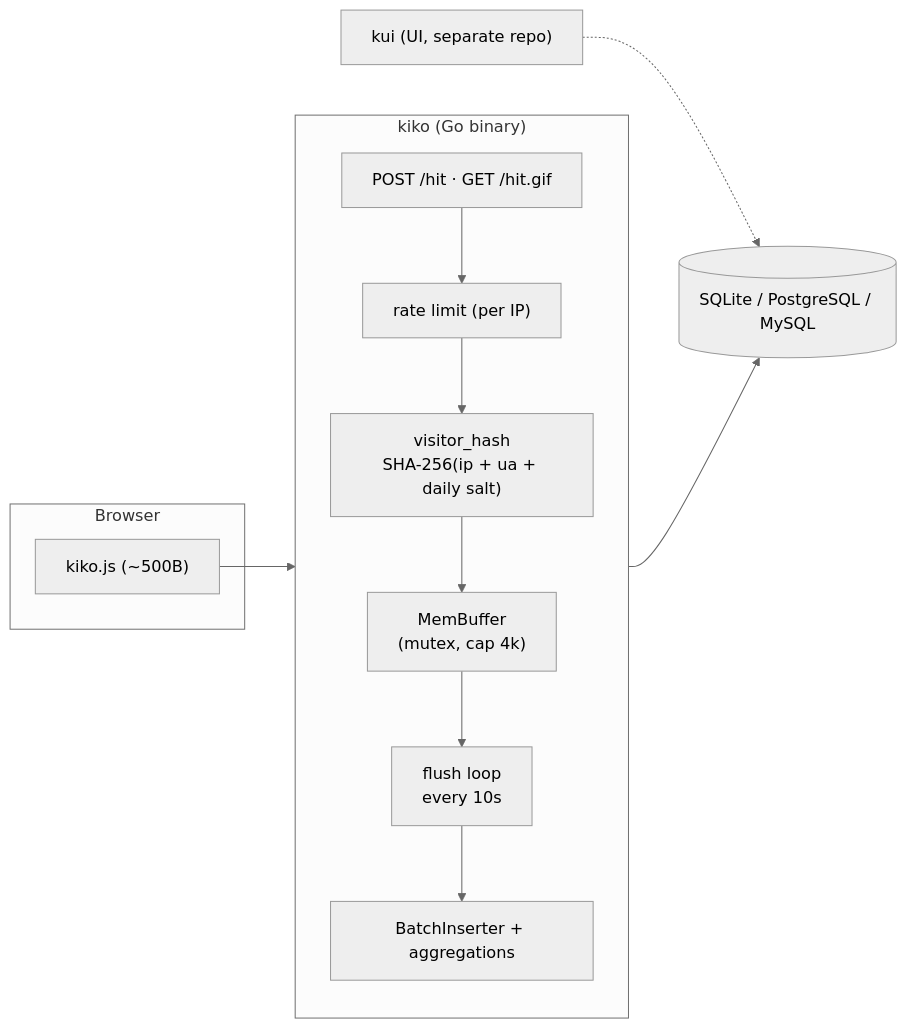
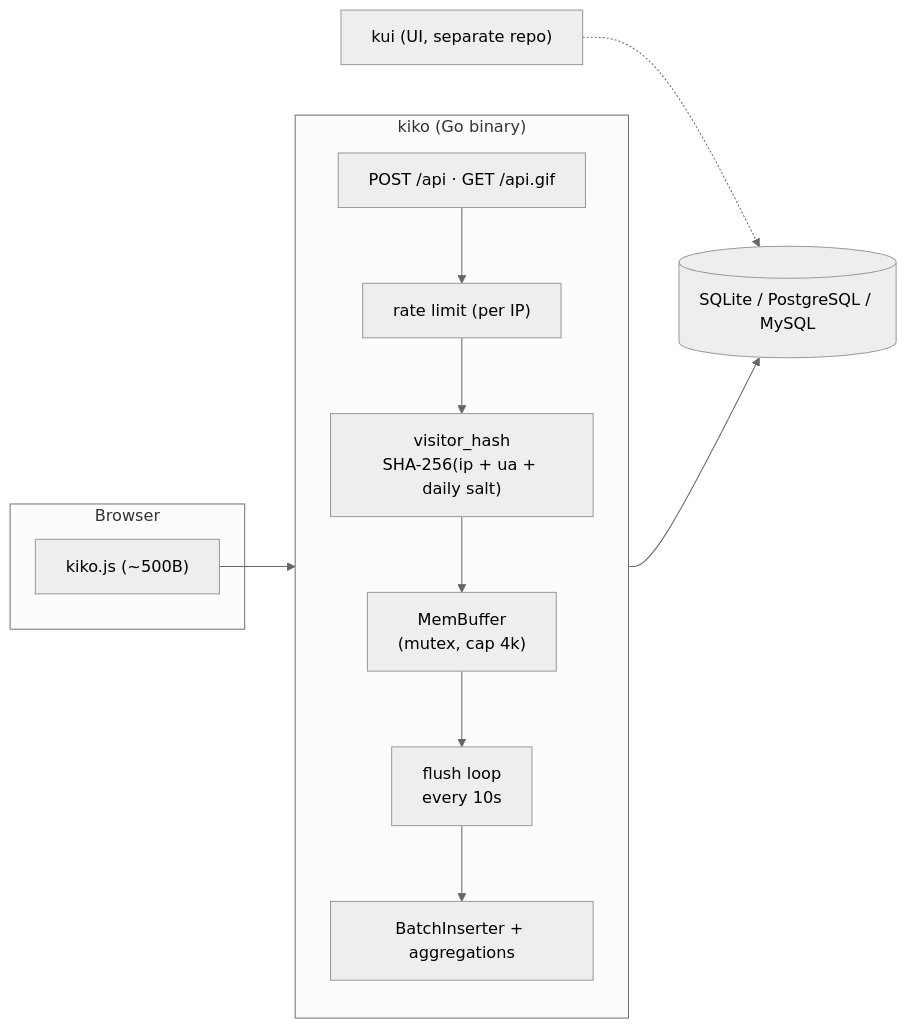
One commit to hrodrig/kiko changed the diagram in README.md. Above: the diagram before and after it, drawn with Mermaid (neutral theme). The commit also changed other lines of this file and 15 other files, not shown here.

````diff
--- a/README.md
+++ b/README.md
@@ -121,22 +121,22 @@
 ```mermaid
 flowchart LR
     subgraph browser["Browser"]
         JS["kiko.js (~500B)"]
     end
 
     subgraph kiko["kiko (Go binary)"]
         direction TB
-        IN["POST /hit · GET /hit.gif"]
+        IN["POST /api · GET /api.gif"]
         RL["rate limit (per IP)"]
         HASH["visitor_hash<br/>SHA-256(ip + ua + daily salt)"]
         BUF["MemBuffer<br/>(mutex, cap 4k)"]
         FLUSH["flush loop<br/>every 10s"]
         INSERT["BatchInserter + aggregations"]
 
         IN --> RL --> HASH --> BUF --> FLUSH --> INSERT
     end
 
     JS --> IN
     INSERT --> DB[("SQLite / PostgreSQL / MySQL")]
     DASH["kui (UI, separate repo)"] -.-> DB
 ```
````
